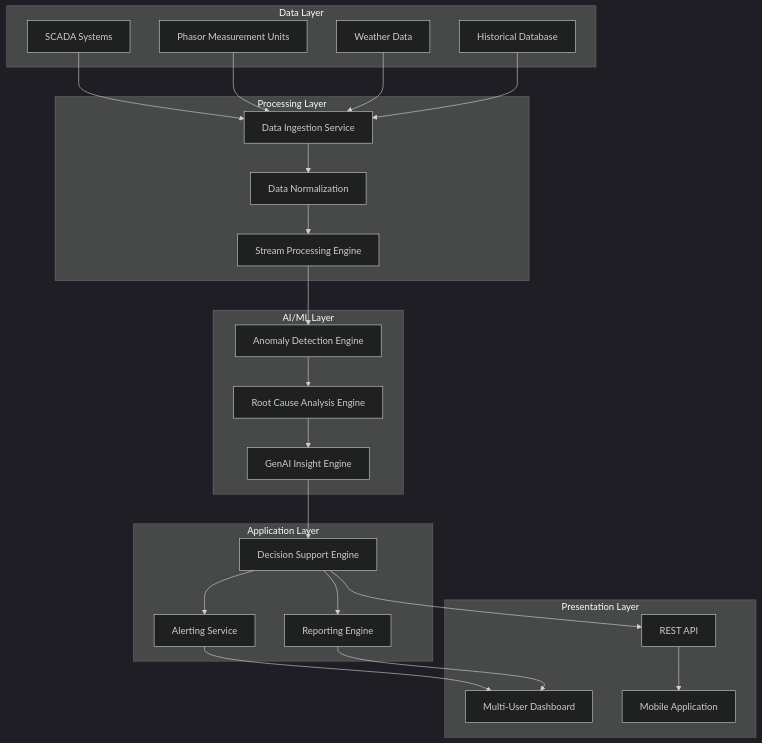
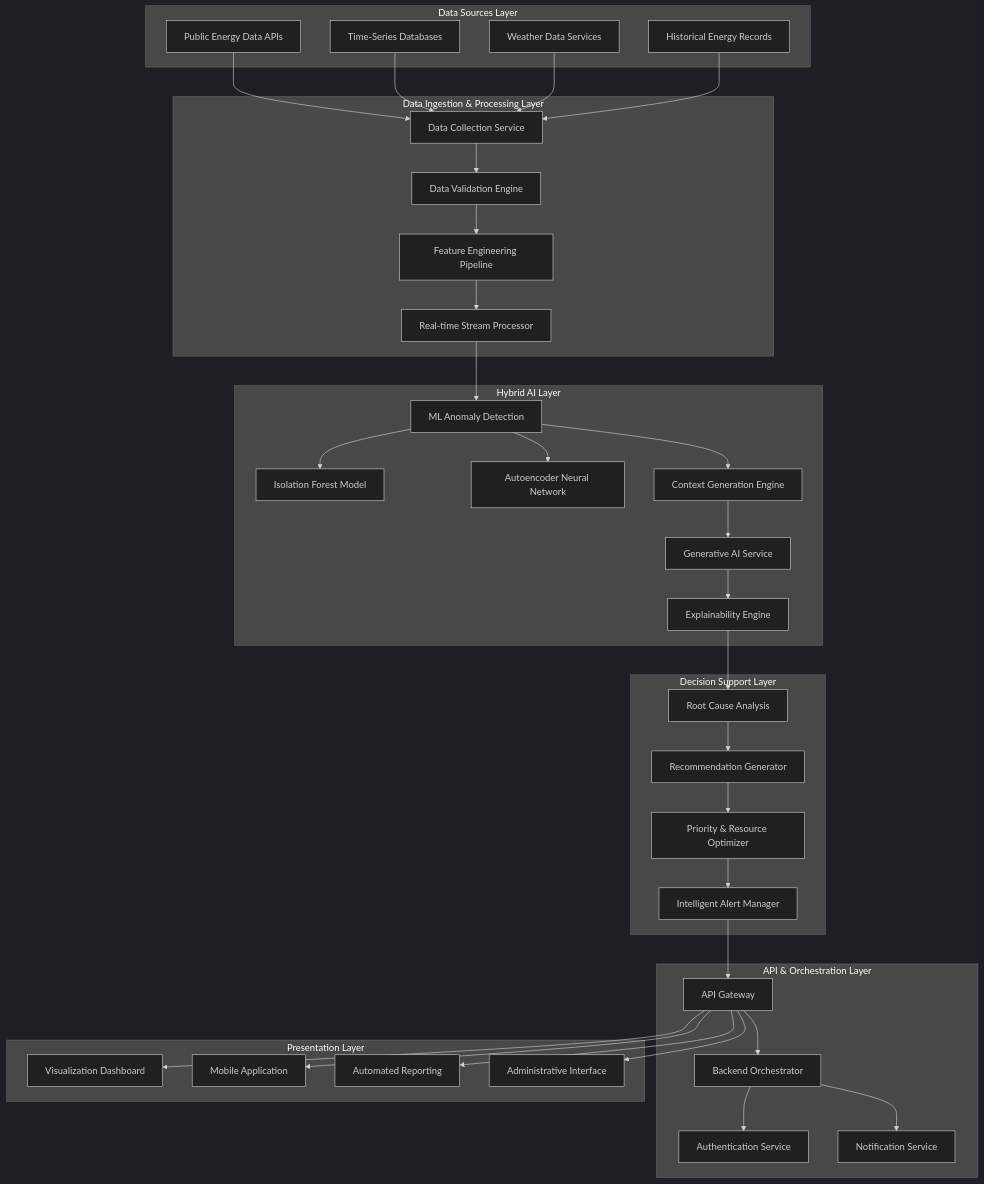
One commit to pgk99/AI_For_Bharat changed the diagram in design.md. Above: the diagram before and after it, drawn with Mermaid (dark theme). The commit also changed other lines of this file, not shown here.

First line of the commit message:
Revise design document for AI anomaly detection system

````diff
--- a/design.md
+++ b/design.md
@@ -13,54 +41,77 @@
 ```mermaid
 graph TB
-    subgraph "Data Layer"
-        SCADA[SCADA Systems]
-        PMU[Phasor Measurement Units]
-        Weather[Weather Data]
-        Historical[Historical Database]
+    subgraph "Data Sources Layer"
+        PublicAPI[Public Energy Data APIs]
+        TimeSeriesDB[Time-Series Databases]
+        WeatherAPI[Weather Data Services]
+        HistoricalData[Historical Energy Records]
     end
     
-    subgraph "Processing Layer"
-        DataIngestion[Data Ingestion Service]
-        DataNormalization[Data Normalization]
-        StreamProcessor[Stream Processing Engine]
+    subgraph "Data Ingestion & Processing Layer"
+        DataCollector[Data Collection Service]
+        DataValidator[Data Validation Engine]
+        FeatureEngine[Feature Engineering Pipeline]
+        StreamProcessor[Real-time Stream Processor]
     end
     
-    subgraph "AI/ML Layer"
-        AnomalyDetector[Anomaly Detection Engine]
-        RootCauseAnalyzer[Root Cause Analysis Engine]
-        InsightGenerator[GenAI Insight Engine]
+    subgraph "Hybrid AI Layer"
+        MLEngine[ML Anomaly Detection]
+        IsolationForest[Isolation Forest Model]
+        Autoencoder[Autoencoder Neural Network]
+        ContextGenerator[Context Generation Engine]
+        GenAI[Generative AI Service]
+        ExplainabilityEngine[Explainability Engine]
     end
     
-    subgraph "Application Layer"
-        DecisionSupport[Decision Support Engine]
-        AlertingService[Alerting Service]
-        ReportingEngine[Reporting Engine]
+    subgraph "Decision Support Layer"
+        RootCauseAnalyzer[Root Cause Analysis]
+        RecommendationEngine[Recommendation Generator]
+        PriorityEngine[Priority & Resource Optimizer]
+        AlertManager[Intelligent Alert Manager]
+    end
+    
+    subgraph "API & Orchestration Layer"
+        APIGateway[API Gateway]
+        Orchestrator[Backend Orchestrator]
+        AuthService[Authentication Service]
+        NotificationService[Notification Service]
     end
     
     subgraph "Presentation Layer"
-        Dashboard[Multi-User Dashboard]
-        API[REST API]
+        Dashboard[Visualization Dashboard]
         MobileApp[Mobile Application]
+        ReportingEngine[Automated Reporting]
+        AdminPanel[Administrative Interface]
     end
     
-    SCADA --> DataIngestion
-    PMU --> DataIngestion
-    Weather --> DataIngestion
-    Historical --> DataIngestion
+    PublicAPI --> DataCollector
+    TimeSeriesDB --> DataCollector
+    WeatherAPI --> DataCollector
+    HistoricalData --> DataCollector
     
-    DataIngestion --> DataNormalization
-    DataNormalization --> StreamProcessor
+    DataCollector --> DataValidator
+    DataValidator --> FeatureEngine
+    FeatureEngine --> StreamProcessor
     
-    StreamProcessor --> AnomalyDetector
-    AnomalyDetector --> RootCauseAnalyzer
-    RootCauseAnalyzer --> InsightGenerator
+    StreamProcessor --> MLEngine
+    MLEngine --> IsolationForest
+    MLEngine --> Autoencoder
+    MLEngine --> ContextGenerator
+    ContextGenerator --> GenAI
+    GenAI --> ExplainabilityEngine
     
-    InsightGenerator --> DecisionSupport
-    DecisionSupport --> AlertingService
-    DecisionSupport --> ReportingEngine
+    ExplainabilityEngine --> RootCauseAnalyzer
+    RootCauseAnalyzer --> RecommendationEngine
+    RecommendationEngine --> PriorityEngine
+    PriorityEngine --> AlertManager
     
-    AlertingService --> Dashboard
-    ReportingEngine --> Dashboard
-    DecisionSupport --> API
-    API --> MobileApp
+    AlertManager --> APIGateway
+    APIGateway --> Orchestrator
+    Orchestrator --> AuthService
+    Orchestrator --> NotificationService
+    
+    APIGateway --> Dashboard
+    APIGateway --> MobileApp
+    APIGateway --> ReportingEngine
+    APIGateway --> AdminPanel
 ```
````
